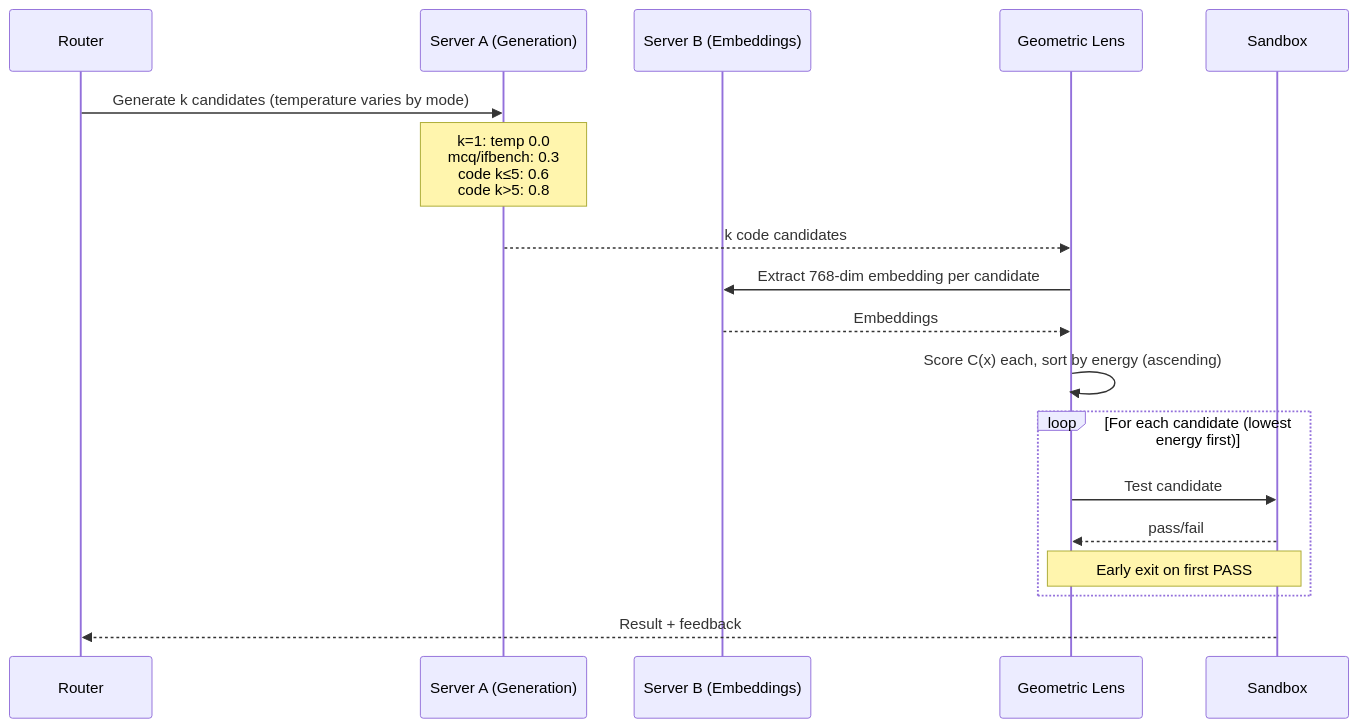
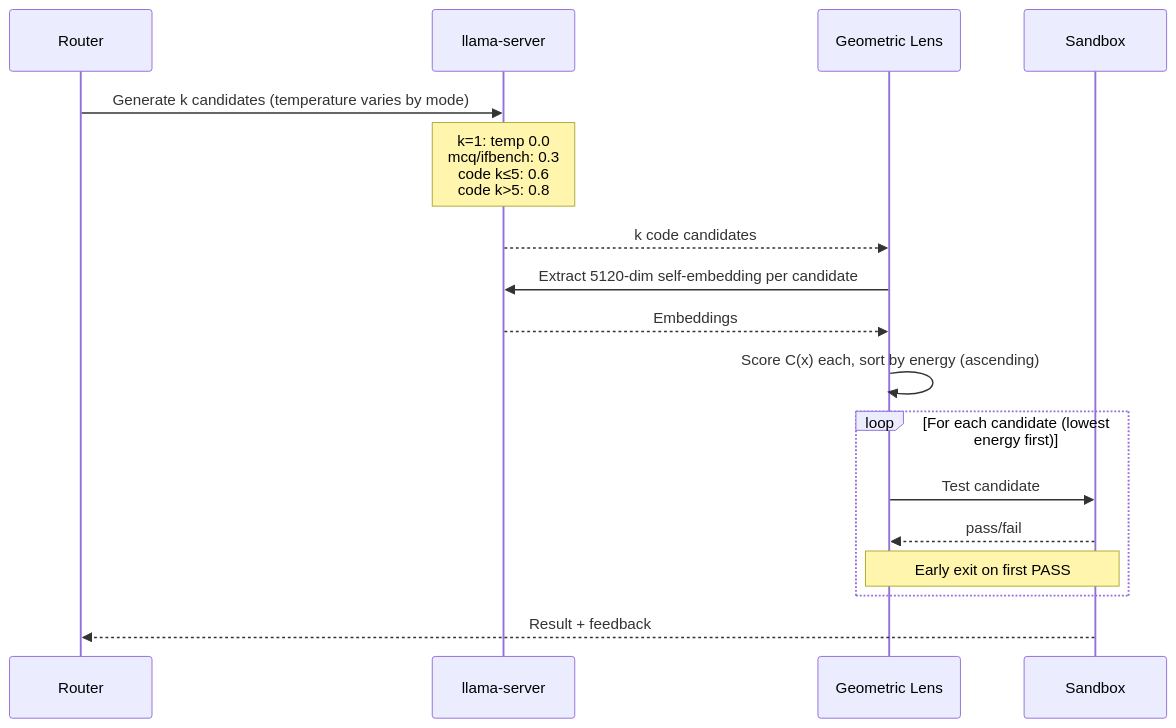
One commit to itigges22/ATLAS changed the third of 3 diagrams in docs/ARCHITECTURE.md. Above: the diagram before and after it, drawn with Mermaid. The commit also changed other lines of this file and 63 other files, not shown here.

Commit message:
docs: V3.0 release — ablation report, README, architecture, full documentation update

````diff
--- a/docs/ARCHITECTURE.md
+++ b/docs/ARCHITECTURE.md
@@ -203,21 +199,20 @@
 ```mermaid
 sequenceDiagram
   participant R as Router
-  participant LS as Server A (Generation)
-  participant EM as Server B (Embeddings)
+  participant LS as llama-server
   participant GL as Geometric Lens
   participant SB as Sandbox
 
   R->>LS: Generate k candidates (temperature varies by mode)
   Note over LS: k=1: temp 0.0<br/>mcq/ifbench: 0.3<br/>code k≤5: 0.6<br/>code k>5: 0.8
   LS-->>GL: k code candidates
-  GL->>EM: Extract 768-dim embedding per candidate
-  EM-->>GL: Embeddings
+  GL->>LS: Extract 5120-dim self-embedding per candidate
+  LS-->>GL: Embeddings
   GL->>GL: Score C(x) each, sort by energy (ascending)
   loop For each candidate (lowest energy first)
     GL->>SB: Test candidate
     SB-->>GL: pass/fail
     Note over GL,SB: Early exit on first PASS
   end
   SB-->>R: Result + feedback
 ```
````
